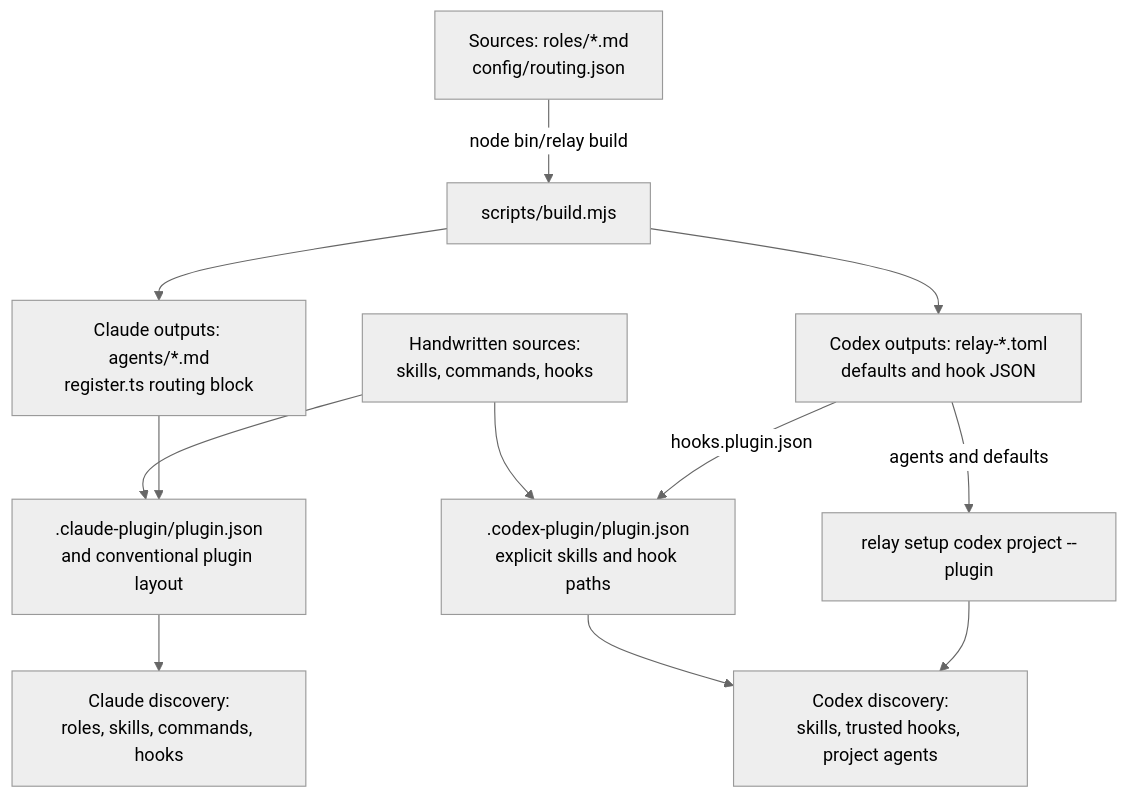
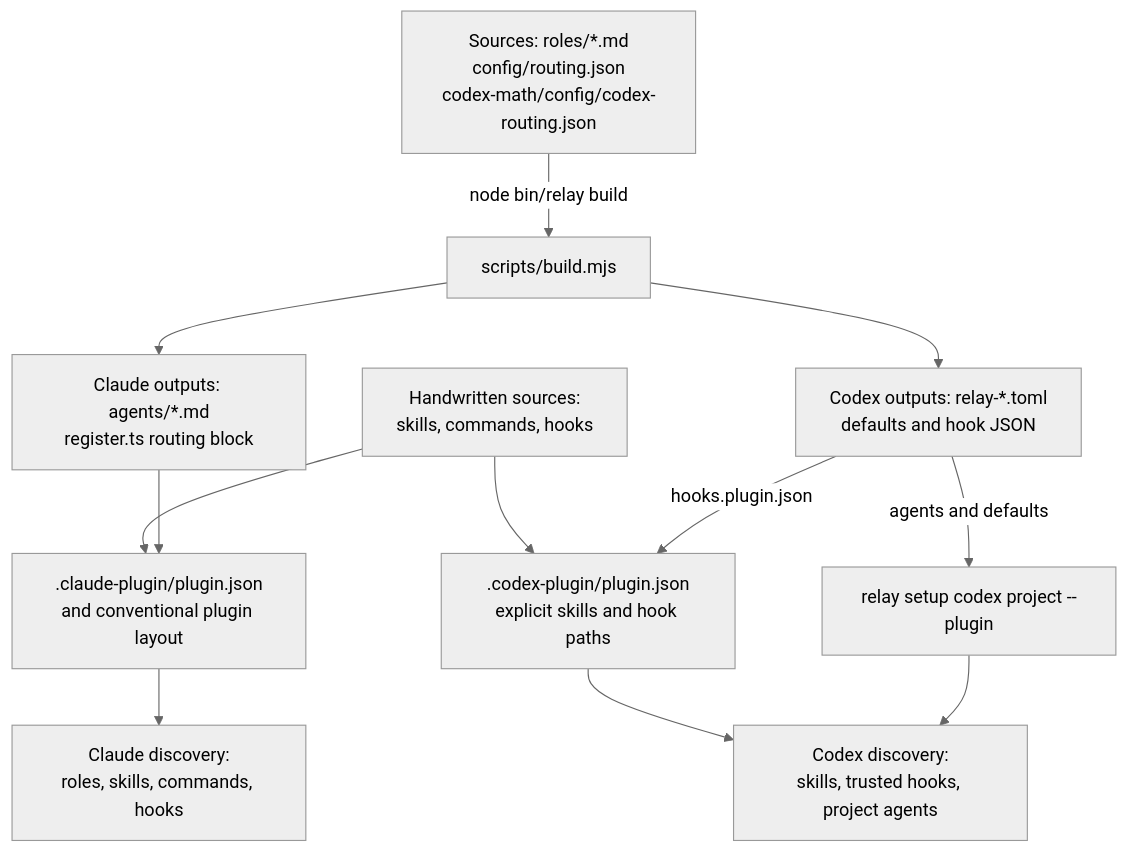
The first of 4 diagrams in docs/architecture/overview.md (cube-digital/relay), drawn with Mermaid (neutral theme) before and after one commit. The commit also changed other lines of this file and 5 other files, not shown here.

Commit message:
T8: Human docs describe the new Codex routing and budget

````diff
--- a/docs/architecture/overview.md
+++ b/docs/architecture/overview.md
@@ -41,14 +41,14 @@
 ```mermaid
 graph TD
-    S["Sources: roles/*.md<br/>config/routing.json"] -->|node bin/relay build| B["scripts/build.mjs"]
+    S["Sources: roles/*.md<br/>config/routing.json<br/>codex-math/config/codex-routing.json"] -->|node bin/relay build| B["scripts/build.mjs"]
     B --> C["Claude outputs: agents/*.md<br/>register.ts routing block"]
     B --> X["Codex outputs: relay-*.toml<br/>defaults and hook JSON"]
     H["Handwritten sources:<br/>skills, commands, hooks"] --> M[".claude-plugin/plugin.json<br/>and conventional plugin layout"]
     C --> M
     M --> D["Claude discovery:<br/>roles, skills, commands, hooks"]
     H --> N[".codex-plugin/plugin.json<br/>explicit skills and hook paths"]
     X -->|hooks.plugin.json| N
     N --> E["Codex discovery:<br/>skills, trusted hooks, project agents"]
     X -->|agents and defaults| P["relay setup codex project --plugin"]
     P --> E
 ```
````
